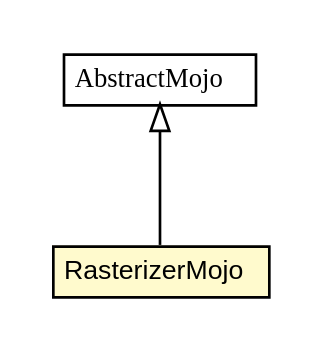
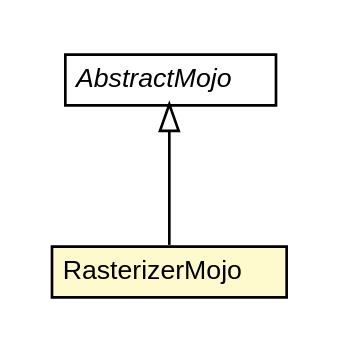
Before and after one commit to trajano/batik-maven-plugin: the diagram in apidocs/net/trajano/mojo/batik/RasterizerMojo.dot, drawn with Graphviz. The commit also changed 146 other files, not shown here.

```diff
--- a/apidocs/net/trajano/mojo/batik/RasterizerMojo.dot
+++ b/apidocs/net/trajano/mojo/batik/RasterizerMojo.dot
@@ -1,26 +1,26 @@
 #!/usr/local/bin/dot
 #
 # Class diagram 
 # Generated by UMLGraph version R5_6-24-gf6e263 (http://www.umlgraph.org/)
 #
 
 digraph G {
-	edge [fontname="arial",fontsize=10,labelfontname="arial",labelfontsize=10];
-	node [fontname="arial",fontsize=10,shape=plaintext];
+	edge [fontname="Helvetica",fontsize=10,labelfontname="Helvetica",labelfontsize=10];
+	node [fontname="Helvetica",fontsize=10,shape=plaintext];
 	nodesep=0.25;
 	ranksep=0.5;
 	// net.trajano.mojo.batik.RasterizerMojo
-	c38 [label=<<table title="net.trajano.mojo.batik.RasterizerMojo" border="0" cellborder="1" cellspacing="0" cellpadding="2" port="p" bgcolor="lemonChiffon" href="./RasterizerMojo.html">
+	c40 [label=<<table title="net.trajano.mojo.batik.RasterizerMojo" border="0" cellborder="1" cellspacing="0" cellpadding="2" port="p" bgcolor="lemonChiffon" href="./RasterizerMojo.html">
 		<tr><td><table border="0" cellspacing="0" cellpadding="1">
 <tr><td align="center" balign="center"> RasterizerMojo </td></tr>
 		</table></td></tr>
-		</table>>, URL="./RasterizerMojo.html", fontname="arial", fontcolor="black", fontsize=10.0];
+		</table>>, URL="./RasterizerMojo.html", fontname="Helvetica", fontcolor="black", fontsize=10.0];
 	//net.trajano.mojo.batik.RasterizerMojo extends org.apache.maven.plugin.AbstractMojo
-	c43:p -> c38:p [dir=back,arrowtail=empty];
+	c43:p -> c40:p [dir=back,arrowtail=empty];
 	// org.apache.maven.plugin.AbstractMojo
 	c43 [label=<<table title="org.apache.maven.plugin.AbstractMojo" border="0" cellborder="1" cellspacing="0" cellpadding="2" port="p" href="http://java.sun.com/j2se/1.4.2/docs/api/org/apache/maven/plugin/AbstractMojo.html">
 		<tr><td><table border="0" cellspacing="0" cellpadding="1">
-<tr><td align="center" balign="center"><font face="arial italic"> AbstractMojo </font></td></tr>
+<tr><td align="center" balign="center"><font face="Helvetica-Oblique"> AbstractMojo </font></td></tr>
 		</table></td></tr>
-		</table>>, URL="http://java.sun.com/j2se/1.4.2/docs/api/org/apache/maven/plugin/AbstractMojo.html", fontname="arial", fontcolor="black", fontsize=10.0];
+		</table>>, URL="http://java.sun.com/j2se/1.4.2/docs/api/org/apache/maven/plugin/AbstractMojo.html", fontname="Helvetica", fontcolor="black", fontsize=10.0];
 }
```
